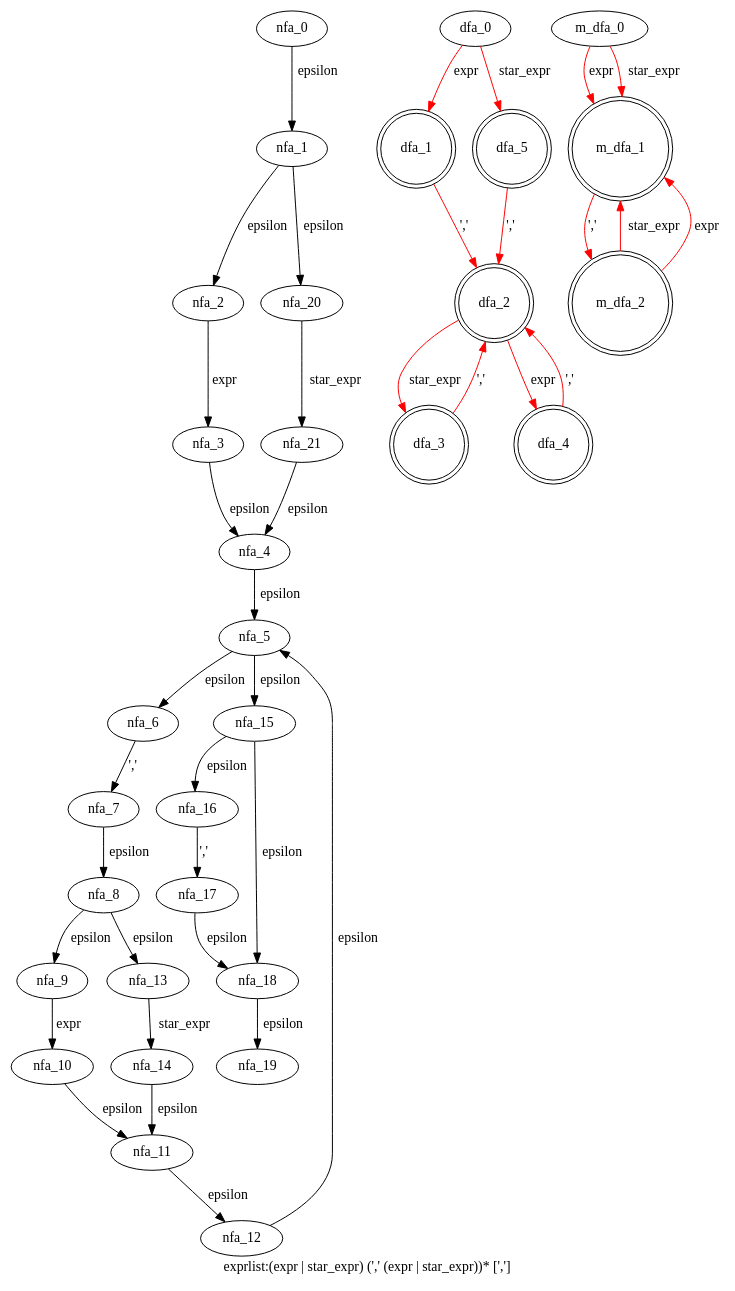
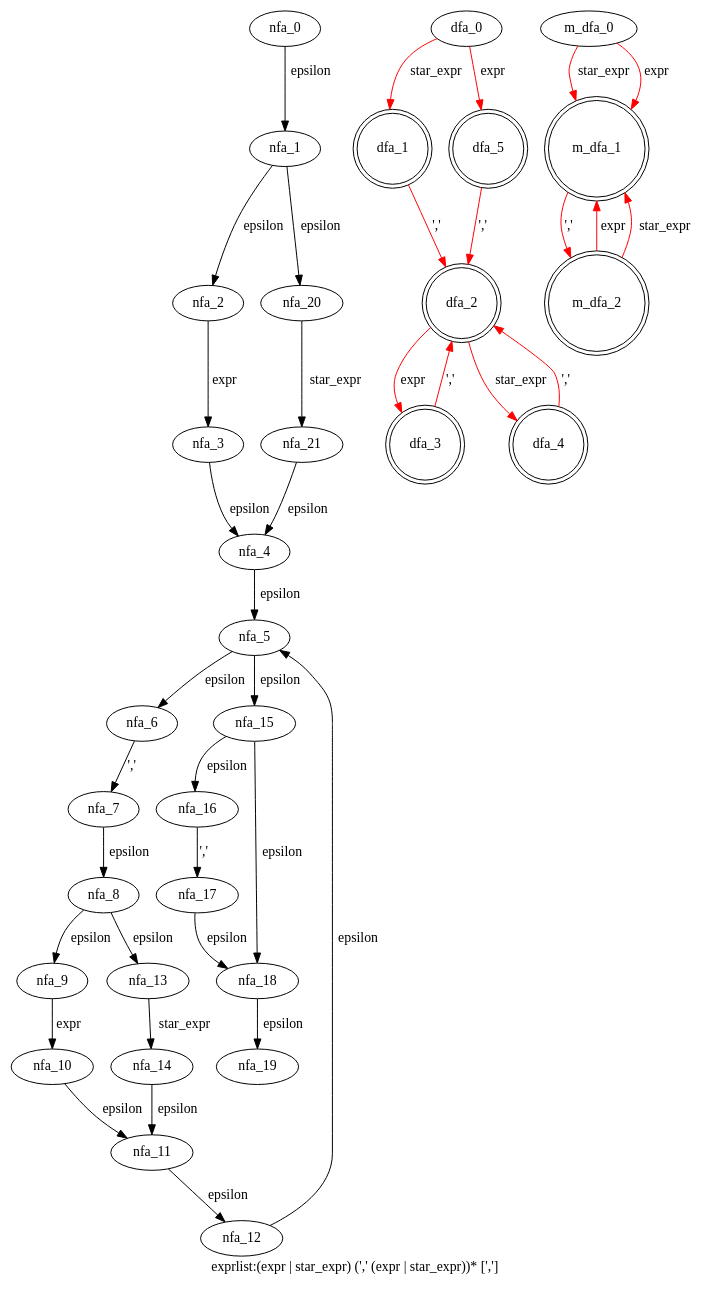
The diagram in cpython/grammar/handwrite/nfa_dfas/75.exprlist.dot (WinChua/blog), drawn with Graphviz before and after one commit. The commit also changed 47 other files, not shown here.

```diff
--- a/cpython/grammar/handwrite/nfa_dfas/75.exprlist.dot
+++ b/cpython/grammar/handwrite/nfa_dfas/75.exprlist.dot
@@ -1,54 +1,54 @@
 digraph exprlist {
  graph[label="exprlist:(expr | star_expr) (',' (expr | star_expr))* [',']"]
  subgraph exprlist_nfa {
   nfa_0->nfa_1[label="epsilon"]
   nfa_1->nfa_2[label="epsilon"]
   nfa_2->nfa_3[label="expr"]
   nfa_3->nfa_4[label="epsilon"]
   nfa_4->nfa_5[label="epsilon"]
   nfa_5->nfa_6[label="epsilon"]
   nfa_6->nfa_7[label="','"]
   nfa_7->nfa_8[label="epsilon"]
   nfa_8->nfa_9[label="epsilon"]
   nfa_9->nfa_10[label="expr"]
   nfa_10->nfa_11[label="epsilon"]
   nfa_11->nfa_12[label="epsilon"]
   nfa_12->nfa_5[label="epsilon"]
   nfa_8->nfa_13[label="epsilon"]
   nfa_13->nfa_14[label="star_expr"]
   nfa_14->nfa_11[label="epsilon"]
   nfa_5->nfa_15[label="epsilon"]
   nfa_15->nfa_16[label="epsilon"]
   nfa_16->nfa_17[label="','"]
   nfa_17->nfa_18[label="epsilon"]
   nfa_18->nfa_19[label="epsilon"]
   nfa_15->nfa_18[label="epsilon"]
   nfa_1->nfa_20[label="epsilon"]
   nfa_20->nfa_21[label="star_expr"]
   nfa_21->nfa_4[label="epsilon"]
   }
  subgraph exprlist_dfa {
-  dfa_0->dfa_1[label="expr",color=red]
+  dfa_0->dfa_1[label="star_expr",color=red]
   dfa_1->dfa_2[label="','",color=red]
-  dfa_2->dfa_3[label="star_expr",color=red]
+  dfa_2->dfa_3[label="expr",color=red]
   dfa_3->dfa_2[label="','",color=red]
-  dfa_2->dfa_4[label="expr",color=red]
+  dfa_2->dfa_4[label="star_expr",color=red]
   dfa_4->dfa_2[label="','",color=red]
-  dfa_0->dfa_5[label="star_expr",color=red]
+  dfa_0->dfa_5[label="expr",color=red]
   dfa_5->dfa_2[label="','",color=red]
   dfa_1[shape=doublecircle]
   dfa_2[shape=doublecircle]
   dfa_3[shape=doublecircle]
   dfa_4[shape=doublecircle]
   dfa_5[shape=doublecircle]
   }
  subgraph exprlist_m_dfa {
+  m_dfa_0->m_dfa_1[label="star_expr",color=red]
+  m_dfa_1->m_dfa_2[label="','",color=red]
+  m_dfa_2->m_dfa_1[label="expr",color=red]
+  m_dfa_2->m_dfa_1[label="star_expr",color=red]
   m_dfa_0->m_dfa_1[label="expr",color=red]
-  m_dfa_1->m_dfa_2[label="','",color=red]
-  m_dfa_2->m_dfa_1[label="star_expr",color=red]
-  m_dfa_2->m_dfa_1[label="expr",color=red]
-  m_dfa_0->m_dfa_1[label="star_expr",color=red]
   m_dfa_1[shape=doublecircle]
   m_dfa_2[shape=doublecircle]
   }
 }
```
